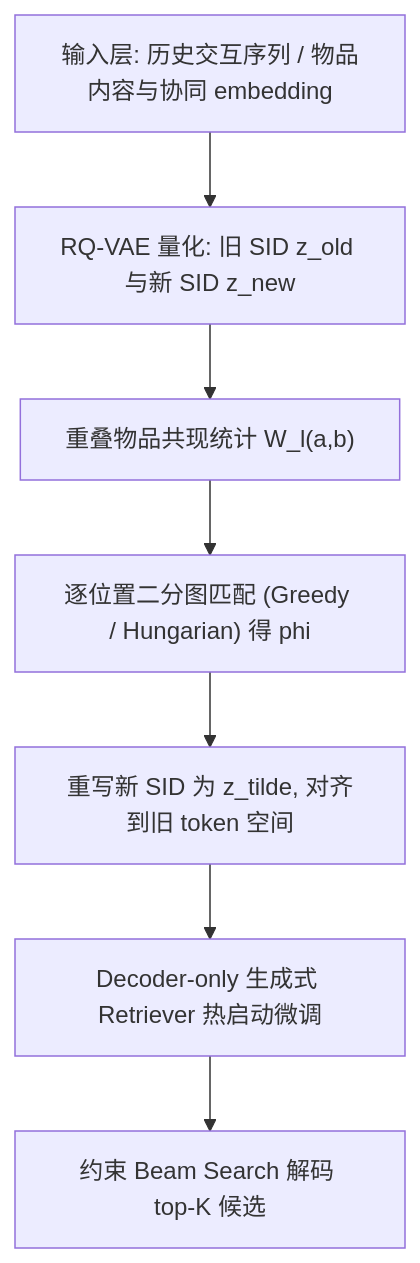
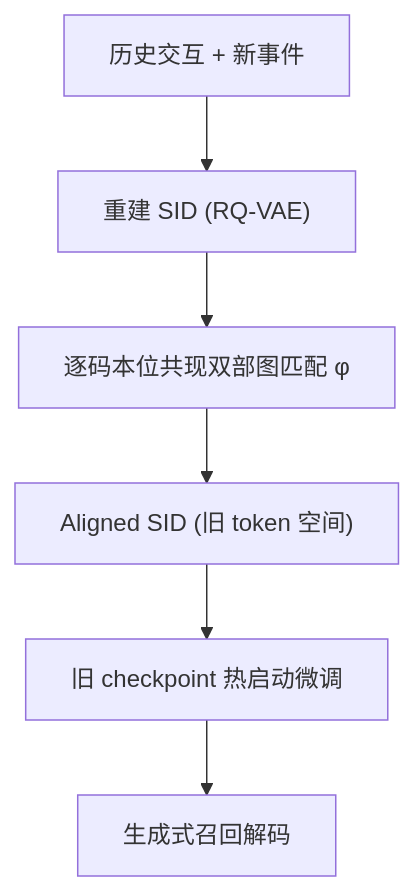
The diagram in docs/venues/SIGIR/2026/generative_rec/mitigating_collaborative_semantic_id_staleness_in_generative_retrieval.md (jbdcia321vw/Paper-Notes), drawn with Mermaid before and after one commit. The commit also changed other lines of this file and 1119 other files, not shown here.

````diff
--- a/docs/venues/SIGIR/2026/generative_rec/mitigating_collaborative_semantic_id_staleness_in_generative_retrieval.md
+++ b/docs/venues/SIGIR/2026/generative_rec/mitigating_collaborative_semantic_id_staleness_in_generative_retrieval.md
@@ -56,9 +46,8 @@
 ```mermaid
 flowchart TD
-    A["输入层: 历史交互序列 / 物品内容与协同 embedding"] --> B["RQ-VAE 量化: 旧 SID z_old 与新 SID z_new"]
-    B --> C["重叠物品共现统计 W_l(a,b)"]
-    C --> D["逐位置二分图匹配 (Greedy / Hungarian) 得 phi"]
-    D --> E["重写新 SID 为 z_tilde, 对齐到旧 token 空间"]
-    E --> F["Decoder-only 生成式 Retriever 热启动微调"]
-    F --> G["约束 Beam Search 解码 top-K 候选"]
+    A["历史交互 + 新事件"] --> B["重建 SID (RQ-VAE)"]
+    B --> C["逐码本位共现双部图匹配 φ"]
+    C --> D["Aligned SID (旧 token 空间)"]
+    D --> E["旧 checkpoint 热启动微调"]
+    E --> F["生成式召回解码"]
 ```
````
